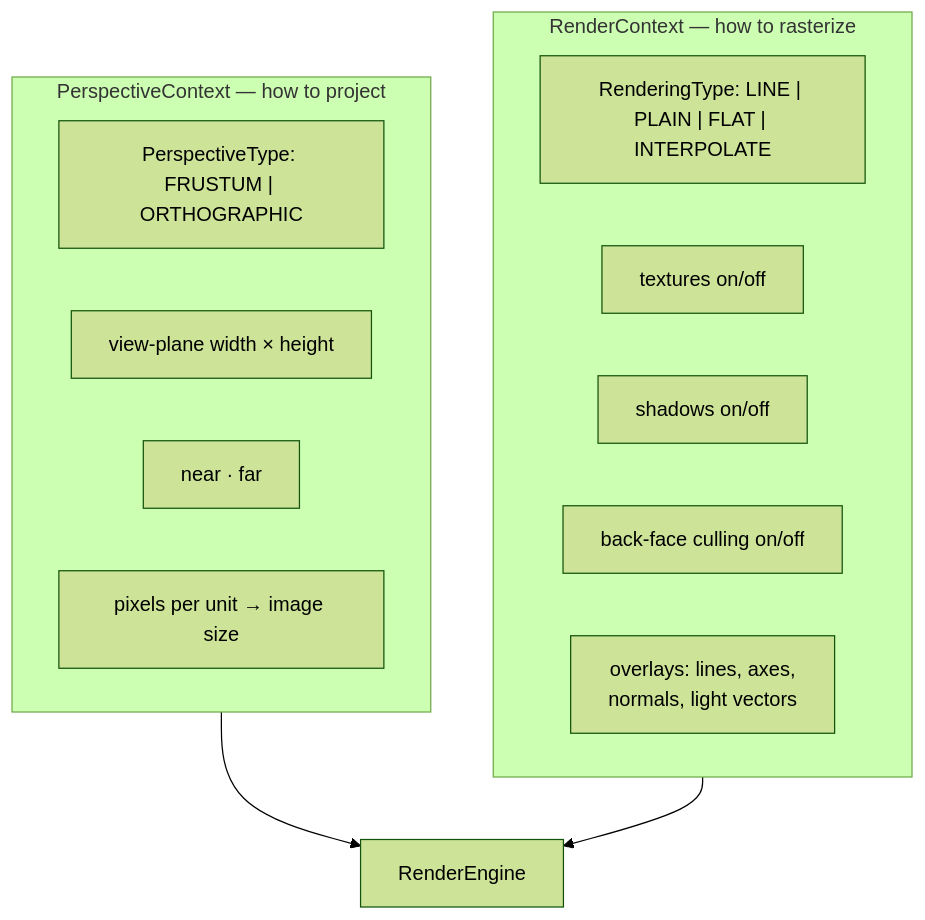
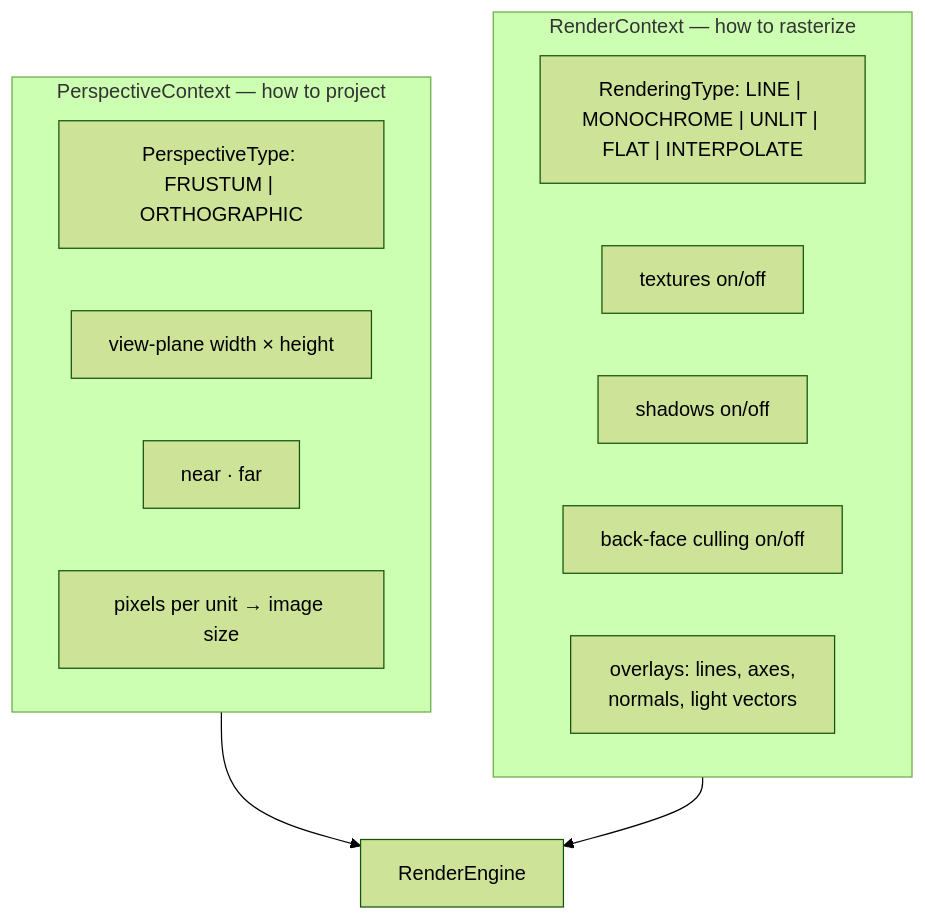
Diagram 15 of 20 in docs/DESIGN.md (obarry/Aventura), drawn with Mermaid (forest theme) before and after one commit. The commit also changed other lines of this file and 22 other files, not shown here.

````diff
--- a/docs/DESIGN.md
+++ b/docs/DESIGN.md
@@ -535,20 +544,20 @@
 ```mermaid
 flowchart TB
     subgraph PC["PerspectiveContext — how to project"]
         direction LR
         p1["PerspectiveType: FRUSTUM | ORTHOGRAPHIC"]
         p2["view-plane width × height"]
         p3["near · far"]
         p4["pixels per unit → image size"]
     end
     subgraph RC["RenderContext — how to rasterize"]
         direction LR
-        r1["RenderingType: LINE | PLAIN | FLAT | INTERPOLATE"]
+        r1["RenderingType: LINE | MONOCHROME | UNLIT | FLAT | INTERPOLATE"]
         r2["textures on/off"]
         r3["shadows on/off"]
         r4["back-face culling on/off"]
         r5["overlays: lines, axes,<br/>normals, light vectors"]
     end
     PC --> RE[RenderEngine]
     RC --> RE
 ```
````
